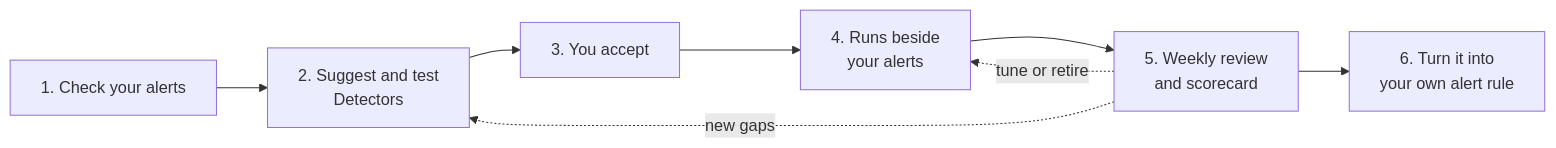
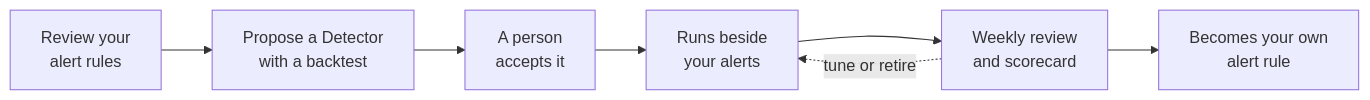
The diagram in guide/incident/detectors.mdx (nhat-tranvan/docs), drawn with Mermaid before and after one commit. The commit also changed other lines of this file and 236 other files, not shown here.

````diff
--- a/guide/incident/detectors.mdx
+++ b/guide/incident/detectors.mdx
@@ -90,10 +36,9 @@
 ```mermaid
 flowchart LR
-    A[1. Check your alerts] --> B[2. Suggest and test<br/>Detectors]
-    B --> C[3. You accept]
-    C --> D[4. Runs beside<br/>your alerts]
-    D --> E[5. Weekly review<br/>and scorecard]
-    E --> F[6. Turn it into<br/>your own alert rule]
+    A[Review your<br/>alert rules] --> B[Propose a Detector<br/>with a backtest]
+    B --> C[A person<br/>accepts it]
+    C --> D[Runs beside<br/>your alerts]
+    D --> E[Weekly review<br/>and scorecard]
+    E --> F[Becomes your own<br/>alert rule]
     E -. tune or retire .-> D
-    E -. new gaps .-> B
 ```
````
